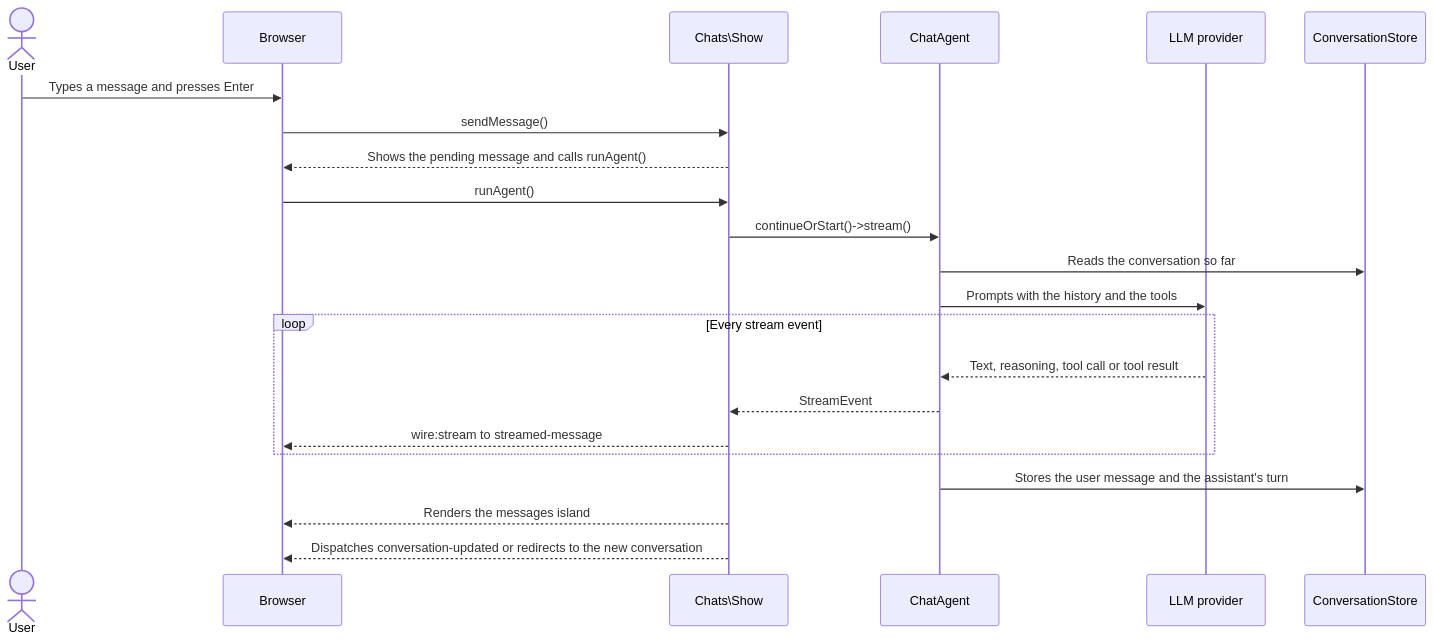
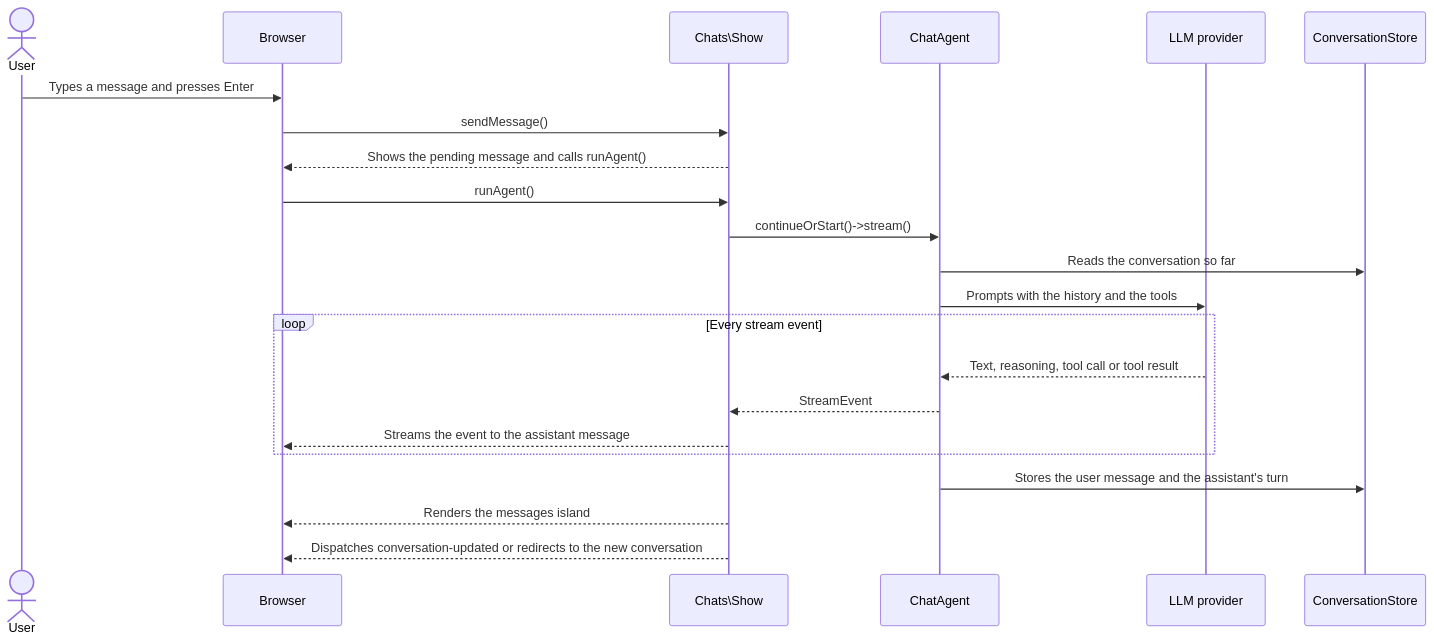
One commit to kauffinger/livewire-chat changed the third of 4 diagrams in README.md. Above: the diagram before and after it, drawn with Mermaid. The commit also changed other lines of this file and 9 other files, not shown here.

First line of the commit message:
refactor: stream ai sdk events straight to the assistant message

````diff
--- a/README.md
+++ b/README.md
@@ -244,27 +244,27 @@
 ```mermaid
 sequenceDiagram
     actor User
     participant Browser
     participant Show as Chats\Show
     participant Agent as ChatAgent
     participant Provider as LLM provider
     participant Store as ConversationStore
 
     User->>Browser: Types a message and presses Enter
     Browser->>Show: sendMessage()
     Show-->>Browser: Shows the pending message and calls runAgent()
     Browser->>Show: runAgent()
     Show->>Agent: continueOrStart()->stream()
     Agent->>Store: Reads the conversation so far
     Agent->>Provider: Prompts with the history and the tools
 
     loop Every stream event
         Provider-->>Agent: Text, reasoning, tool call or tool result
         Agent-->>Show: StreamEvent
-        Show-->>Browser: wire:stream to streamed-message
+        Show-->>Browser: Streams the event to the assistant message
     end
 
     Agent->>Store: Stores the user message and the assistant's turn
     Show-->>Browser: Renders the messages island
     Show-->>Browser: Dispatches conversation-updated or redirects to the new conversation
 ```
````
